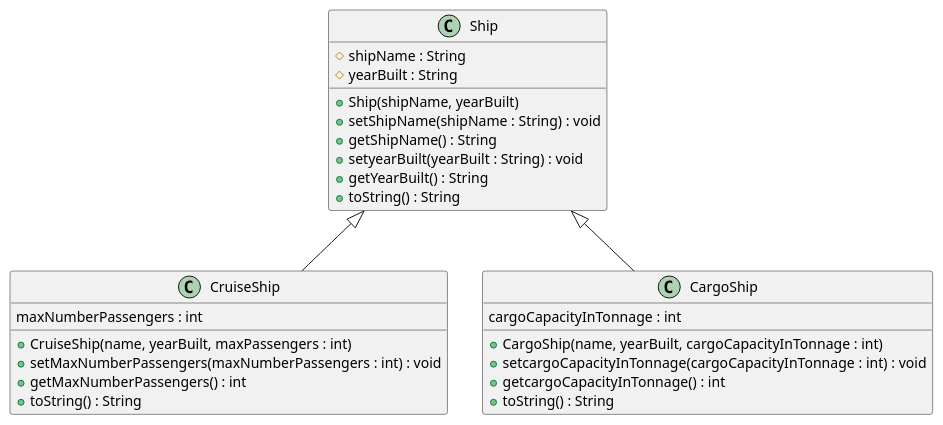
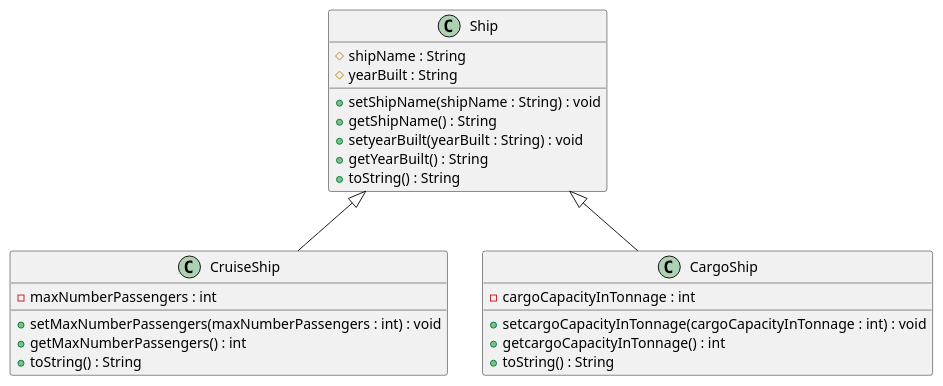
Before and after one commit to ITRINH-POMONA/Homework-5-Repo: the diagram in Part3ClassDiagram.puml, drawn with PlantUML. The commit also changed 3 other files, not shown here.

First line of the commit message:
Adding More Class Diagrams

```diff
--- a/Part3ClassDiagram.puml
+++ b/Part3ClassDiagram.puml
@@ -1,26 +1,23 @@
 @startuml Part2ClassDiagram
 class Ship{
     #shipName : String 
     #yearBuilt : String 
-    +Ship(shipName, yearBuilt)
     +setShipName(shipName : String) : void
     +getShipName() : String
     +setyearBuilt(yearBuilt : String) : void
     +getYearBuilt() : String
     +toString() : String
 }
 class CruiseShip extends Ship{
-    maxNumberPassengers : int
-    +CruiseShip(name, yearBuilt, maxPassengers : int)
+    -maxNumberPassengers : int
     +setMaxNumberPassengers(maxNumberPassengers : int) : void
     +getMaxNumberPassengers() : int
     +toString() : String
 }
 class CargoShip extends Ship{
-    cargoCapacityInTonnage : int
-    +CargoShip(name, yearBuilt, cargoCapacityInTonnage : int)
+    -cargoCapacityInTonnage : int
     +setcargoCapacityInTonnage(cargoCapacityInTonnage : int) : void
     +getcargoCapacityInTonnage() : int
     +toString() : String
 }
 @enduml
```
